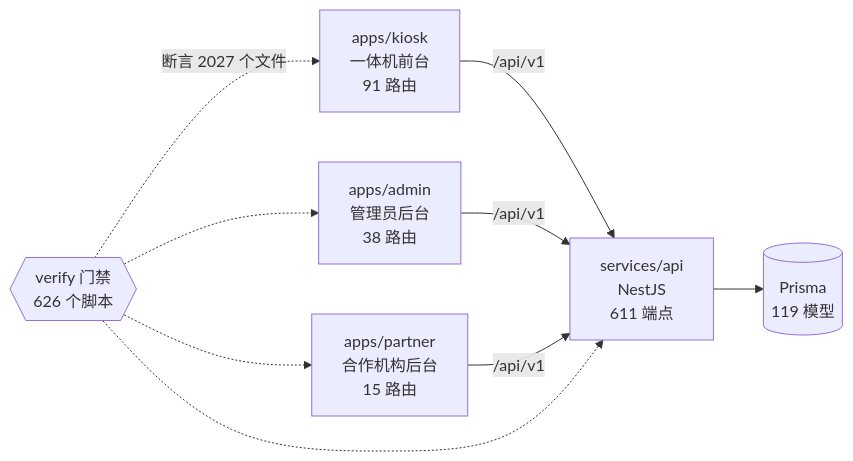
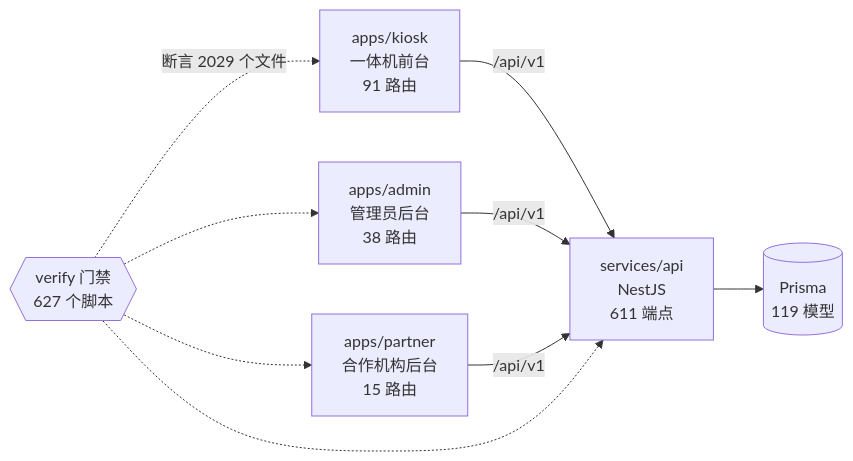
Before and after one commit to wanglei581/YITIJI: the diagram in docs/graph/README.md, drawn with Mermaid. The commit also changed other lines of this file and 9 other files, not shown here.

````diff
--- a/docs/graph/README.md
+++ b/docs/graph/README.md
@@ -68,18 +68,18 @@
 ```mermaid
 flowchart LR
   kiosk["apps/kiosk<br/>一体机前台<br/>91 路由"]
   admin["apps/admin<br/>管理员后台<br/>38 路由"]
   partner["apps/partner<br/>合作机构后台<br/>15 路由"]
   api["services/api<br/>NestJS<br/>611 端点"]
   db[("Prisma<br/>119 模型")]
-  gates{{"verify 门禁<br/>626 个脚本"}}
+  gates{{"verify 门禁<br/>627 个脚本"}}
 
   kiosk -->|"/api/v1"| api
   admin -->|"/api/v1"| api
   partner -->|"/api/v1"| api
   api --> db
-  gates -.->|"断言 2027 个文件"| kiosk
+  gates -.->|"断言 2029 个文件"| kiosk
   gates -.-> admin
   gates -.-> partner
   gates -.-> api
 ```
````
